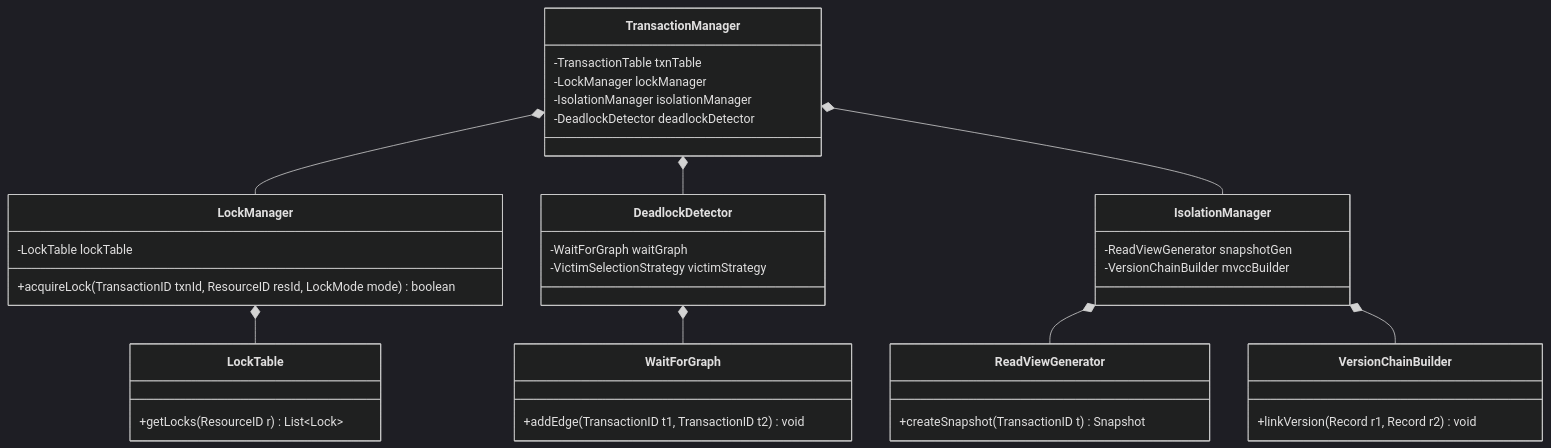
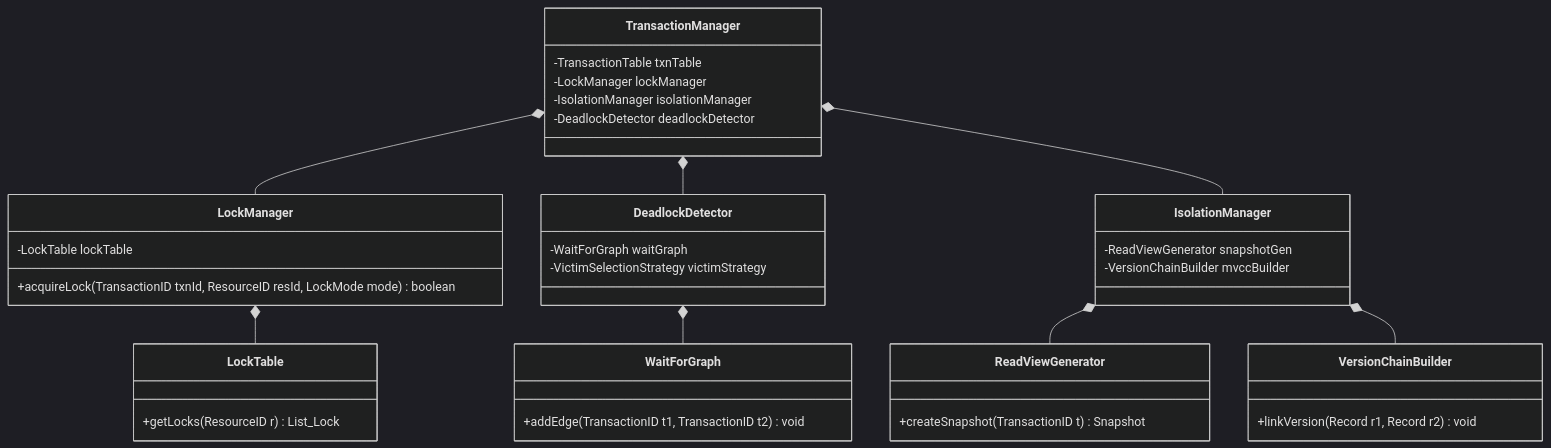
One commit to TamBui1706/DBMS changed the fifth of 9 diagrams in README.md. Above: the diagram before and after it, drawn with Mermaid (dark theme). The commit also changed other lines of this file, not shown here.

Commit message:
Fix mermaid syntax for GitHub rendering

````diff
--- a/README.md
+++ b/README.md
@@ -618,41 +618,41 @@
 ```mermaid
 classDiagram
 class TransactionManager {
         -TransactionTable txnTable
         -LockManager lockManager
         -IsolationManager isolationManager
         -DeadlockDetector deadlockDetector
     }
     class LockManager {
         -LockTable lockTable
         +acquireLock(TransactionID txnId, ResourceID resId, LockMode mode) boolean
     }
     class LockTable {
-        +getLocks(ResourceID r) List~Lock~
+        +getLocks(ResourceID r) List_Lock
     }
     class DeadlockDetector {
         -WaitForGraph waitGraph
         -VictimSelectionStrategy victimStrategy
     }
     class WaitForGraph {
         +addEdge(TransactionID t1, TransactionID t2) void
     }
     class IsolationManager {
         -ReadViewGenerator snapshotGen
         -VersionChainBuilder mvccBuilder
     }
     class ReadViewGenerator {
         +createSnapshot(TransactionID t) Snapshot
     }
     class VersionChainBuilder {
         +linkVersion(Record r1, Record r2) void
     }
 
     TransactionManager *-- LockManager
     TransactionManager *-- DeadlockDetector
     TransactionManager *-- IsolationManager
     LockManager *-- LockTable
     DeadlockDetector *-- WaitForGraph
     IsolationManager *-- ReadViewGenerator
     IsolationManager *-- VersionChainBuilder
 ```
````
